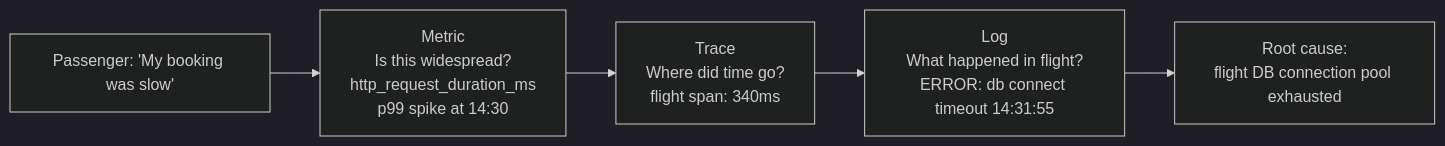
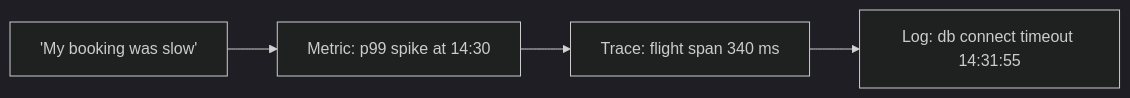
Before and after one commit to darshan-raul/apollo11-docs: the diagram in docs/learn/observability/signals-and-metrics.md, drawn with Mermaid (dark theme). The commit also changed other lines of this file and 55 other files, not shown here.

````diff
--- a/docs/learn/observability/signals-and-metrics.md
+++ b/docs/learn/observability/signals-and-metrics.md
@@ -18,7 +20,6 @@
-~~~mermaid
+```mermaid
 flowchart LR
-  Passenger["Passenger: 'My booking was slow'"] --> Metric["Metric\nIs this widespread?\nhttp_request_duration_ms\np99 spike at 14:30"]
-  Metric --> Trace["Trace\nWhere did time go?\nflight span: 340ms"]
-  Trace --> Log["Log\nWhat happened in flight?\nERROR: db connect timeout 14:31:55"]
-  Log --> Root["Root cause:\nflight DB connection pool exhausted"]
-~~~
+  P["'My booking was slow'"] --> M[Metric: p99 spike at 14:30]
+  M --> T[Trace: flight span 340 ms]
+  T --> L[Log: db connect timeout 14:31:55]
+```
````
